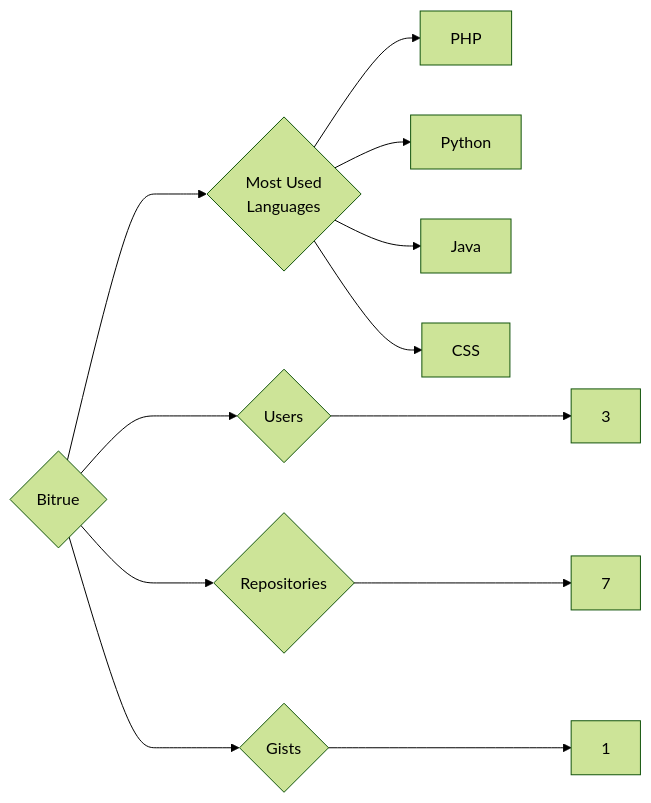
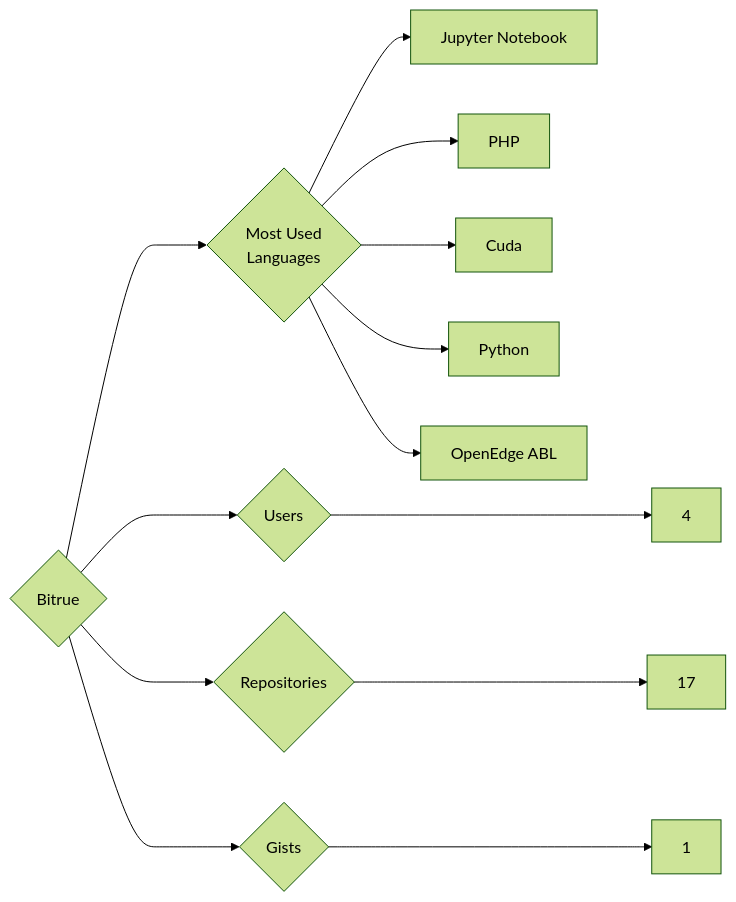
The diagram in targets/Bitrue/README.md (trickest/insiders), drawn with Mermaid (forest theme) before and after one commit. The commit also changed 611 other files, not shown here.

````diff
--- a/targets/Bitrue/README.md
+++ b/targets/Bitrue/README.md
@@ -3,12 +3,13 @@
 ```mermaid
 graph LR
 COMPANY_NAME{Bitrue}
-COMPANY_NAME ---> U{Users} ---> UN[3]
-COMPANY_NAME ---> R{Repositories} ---> RN[7]
+COMPANY_NAME ---> U{Users} ---> UN[4]
+COMPANY_NAME ---> R{Repositories} ---> RN[17]
 COMPANY_NAME ---> G{Gists} ---> GN[1]
 COMPANY_NAME ---> ML{Most Used<br>Languages}
+ML --> Jupyter_Notebook[Jupyter Notebook]
 ML --> PHP[PHP]
+ML --> Cuda[Cuda]
 ML --> Python[Python]
-ML --> Java[Java]
-ML --> CSS[CSS]
+ML --> OpenEdge_ABL[OpenEdge ABL]
 ```
````
